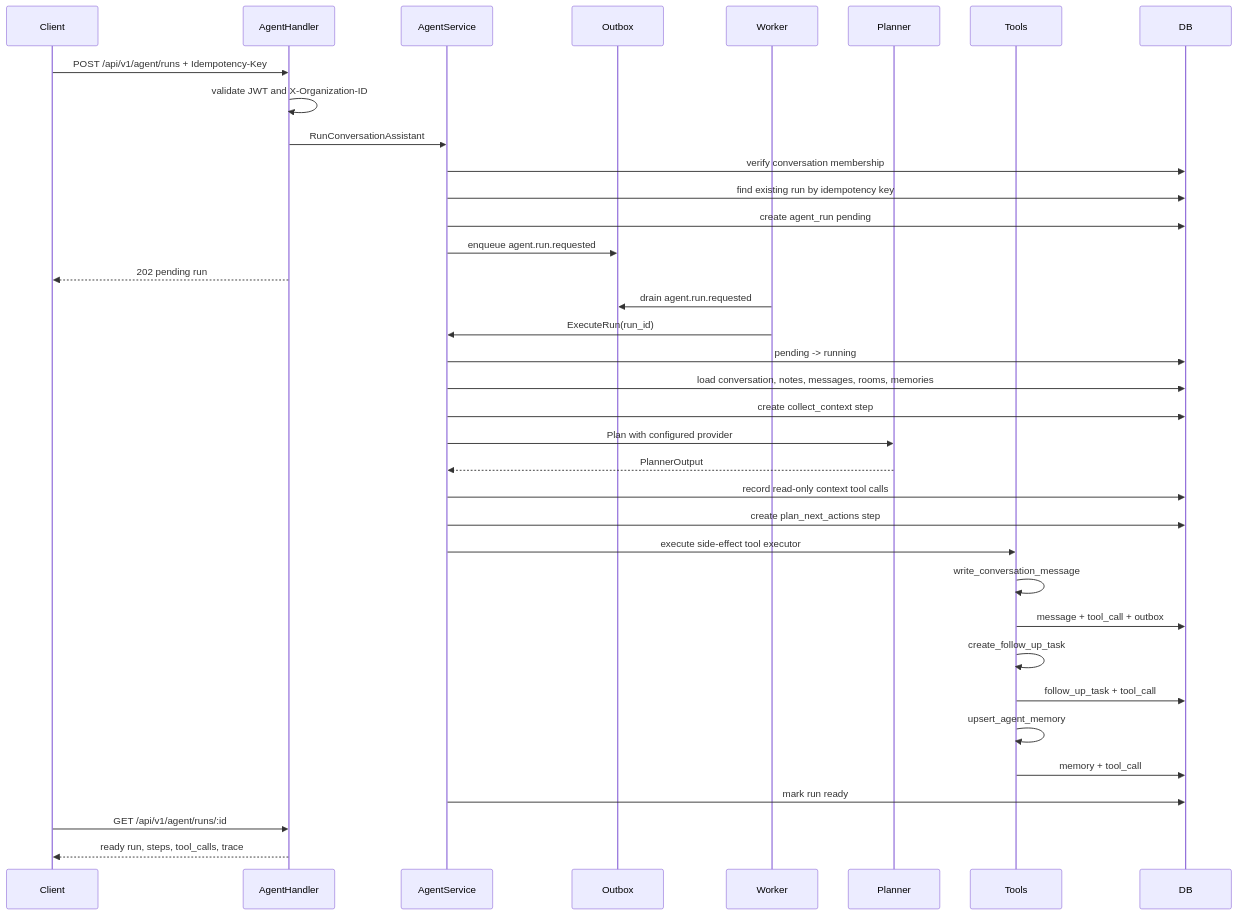
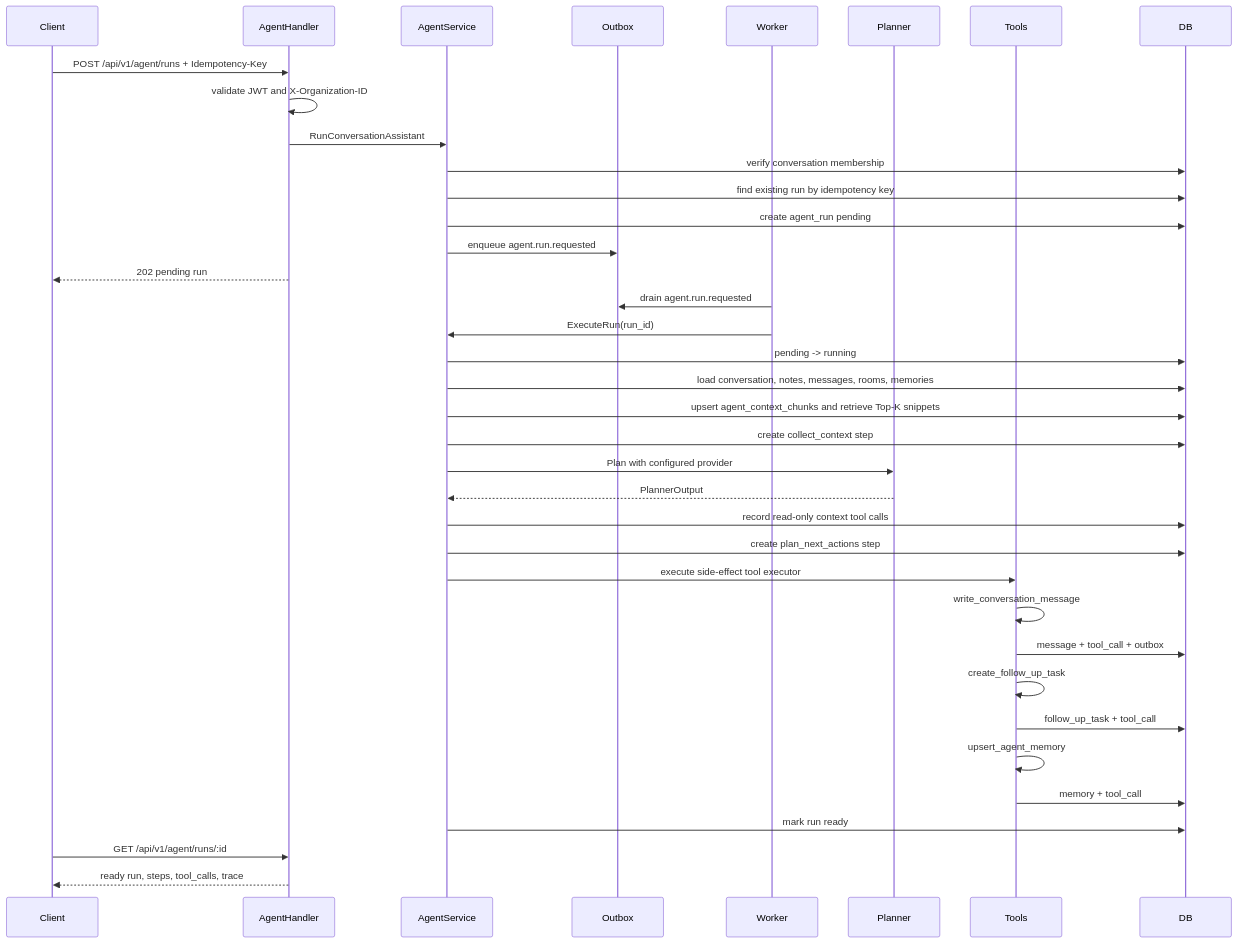
The diagram in docs/interview/ai-agent-design.md (XianingY/AllCallAll), drawn with Mermaid before and after one commit. The commit also changed other lines of this file and 25 other files, not shown here.

````diff
--- a/docs/interview/ai-agent-design.md
+++ b/docs/interview/ai-agent-design.md
@@ -52,39 +54,40 @@
 ```mermaid
 sequenceDiagram
     participant Client
     participant Handler as AgentHandler
     participant Service as AgentService
     participant Outbox
     participant Worker
     participant Planner
     participant Tools
     participant DB
 
     Client->>Handler: POST /api/v1/agent/runs + Idempotency-Key
     Handler->>Handler: validate JWT and X-Organization-ID
     Handler->>Service: RunConversationAssistant
     Service->>DB: verify conversation membership
     Service->>DB: find existing run by idempotency key
     Service->>DB: create agent_run pending
     Service->>Outbox: enqueue agent.run.requested
     Handler-->>Client: 202 pending run
     Worker->>Outbox: drain agent.run.requested
     Worker->>Service: ExecuteRun(run_id)
     Service->>DB: pending -> running
     Service->>DB: load conversation, notes, messages, rooms, memories
+    Service->>DB: upsert agent_context_chunks and retrieve Top-K snippets
     Service->>DB: create collect_context step
     Service->>Planner: Plan with configured provider
     Planner-->>Service: PlannerOutput
     Service->>DB: record read-only context tool calls
     Service->>DB: create plan_next_actions step
     Service->>Tools: execute side-effect tool executor
     Tools->>Tools: write_conversation_message
     Tools->>DB: message + tool_call + outbox
     Tools->>Tools: create_follow_up_task
     Tools->>DB: follow_up_task + tool_call
     Tools->>Tools: upsert_agent_memory
     Tools->>DB: memory + tool_call
     Service->>DB: mark run ready
     Client->>Handler: GET /api/v1/agent/runs/:id
     Handler-->>Client: ready run, steps, tool_calls, trace
 ```
````
